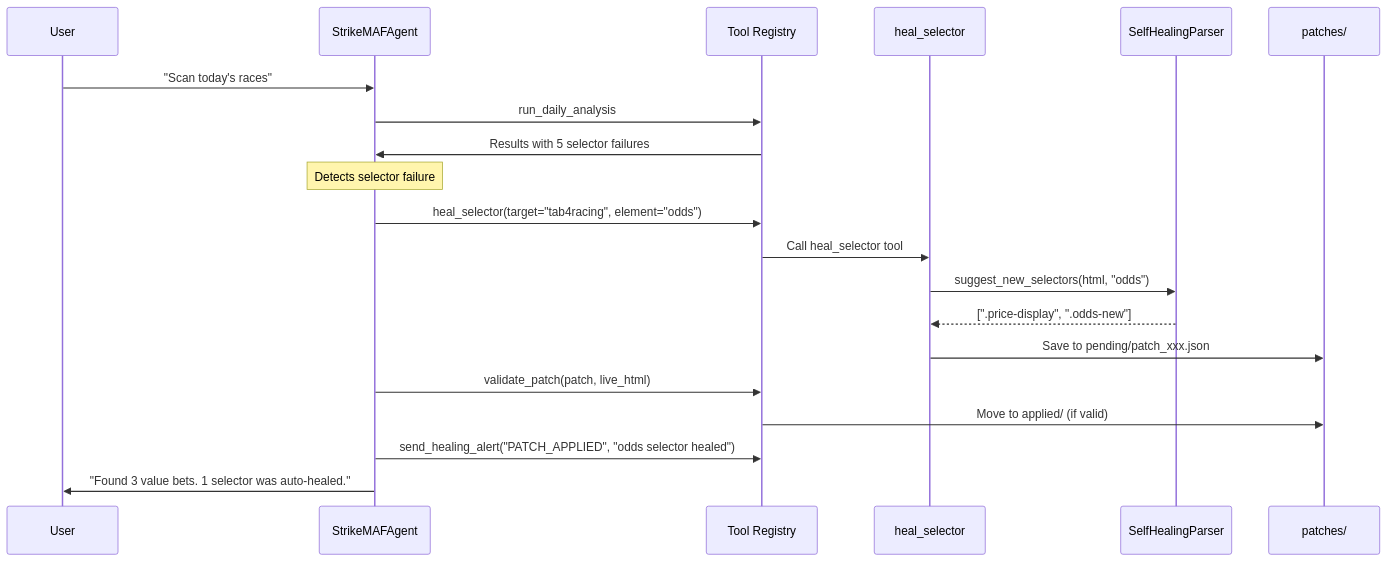
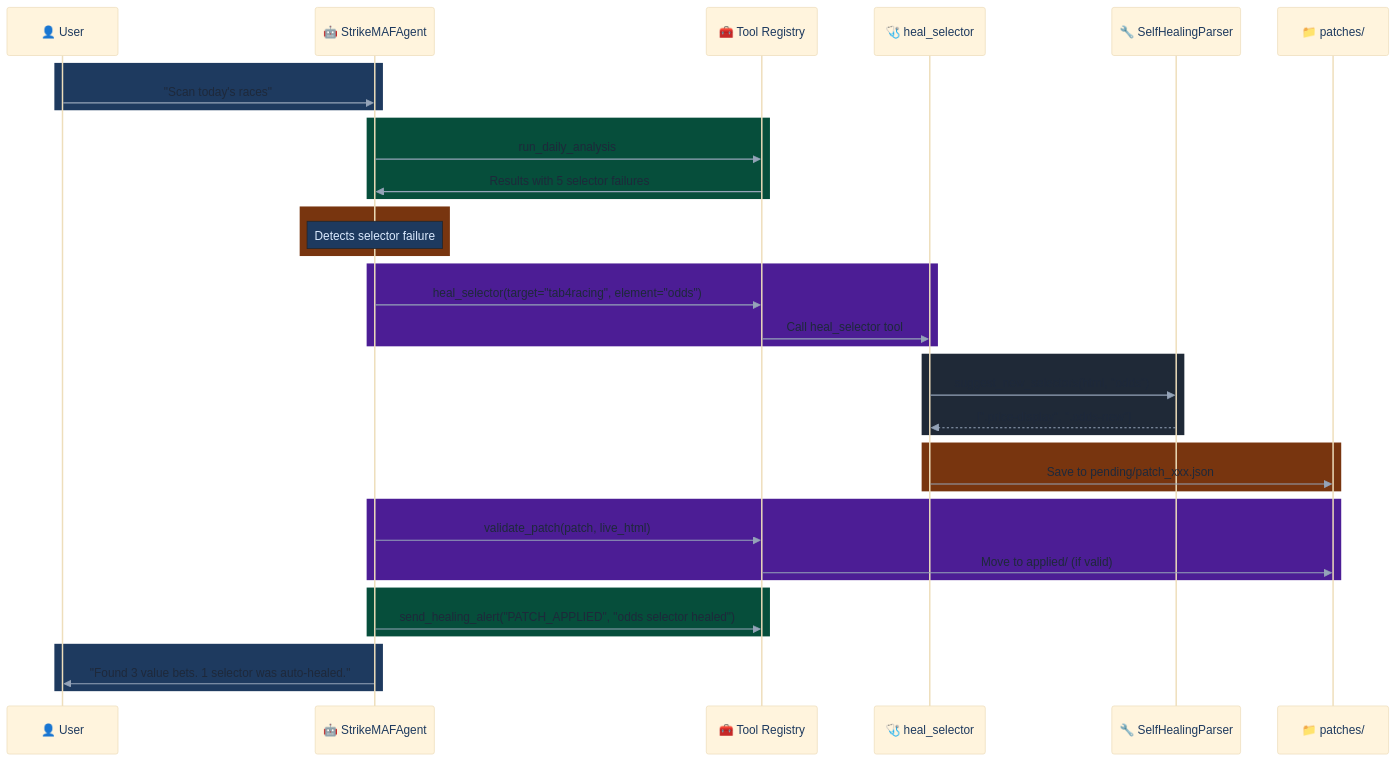
The second of 2 diagrams in docs/maf_healing_swarm_integration.md (Gmpho/strike-tips-autonomous-), drawn with Mermaid before and after one commit. The commit also changed other lines of this file and 8 other files, not shown here.

Commit message:
docs: update Mermaid diagrams and architecture documentation for the hotpatch management flow

````diff
--- a/docs/maf_healing_swarm_integration.md
+++ b/docs/maf_healing_swarm_integration.md
@@ -290,30 +313,56 @@
 ```mermaid
+%%{
+  init: {
+    'theme': 'base',
+    'themeVariables': {
+      'actorBorders': '#2563EB',
+      'actorTextColor': '#1E3A5F',
+      'signalColor': '#94A3B8',
+      'signalTextColor': '#1E293B',
+      'noteBkgColor': '#1E3A5F',
+      'noteTextColor': '#DBEAFE'
+    }
+  }
+}%%
 sequenceDiagram
-    participant User
-    participant MAF as StrikeMAFAgent
-    participant Tools as Tool Registry
-    participant Heal as heal_selector
-    participant Parser as SelfHealingParser
-    participant Patch as patches/
+    participant User as 👤 User
+    participant MAF as 🤖 StrikeMAFAgent
+    participant Tools as 🧰 Tool Registry
+    participant Heal as 🩺 heal_selector
+    participant Parser as 🔧 SelfHealingParser
+    participant Patch as 📁 patches/
 
-    User->>MAF: "Scan today's races"
-    MAF->>Tools: run_daily_analysis
-    Tools->>MAF: Results with 5 selector failures
+    rect rgb(30, 58, 95)
+        User->>MAF: "Scan today's races"
+    end
+    rect rgb(6, 78, 59)
+        MAF->>Tools: run_daily_analysis
+        Tools->>MAF: Results with 5 selector failures
+    end
     
-    Note over MAF: Detects selector failure
+    rect rgb(120, 53, 15)
+        Note over MAF: Detects selector failure
+    end
     
-    MAF->>Tools: heal_selector(target="tab4racing", element="odds")
-    Tools->>Heal: Call heal_selector tool
-    
-    Heal->>Parser: suggest_new_selectors(html, "odds")
-    Parser-->>Heal: [".price-display", ".odds-new"]
-    
-    Heal->>Patch: Save to pending/patch_xxx.json
-    
-    MAF->>Tools: validate_patch(patch, live_html)
-    Tools->>Patch: Move to applied/ (if valid)
-    
-    MAF->>Tools: send_healing_alert("PATCH_APPLIED", "odds selector healed")
-    
-    MAF->>User: "Found 3 value bets. 1 selector was auto-healed."
+    rect rgb(76, 29, 149)
+        MAF->>Tools: heal_selector(target="tab4racing", element="odds")
+        Tools->>Heal: Call heal_selector tool
+    end
+    rect rgb(31, 41, 55)
+        Heal->>Parser: suggest_new_selectors(html, "odds")
+        Parser-->>Heal: [".price-display", ".odds-new"]
+    end
+    rect rgb(120, 53, 15)
+        Heal->>Patch: Save to pending/patch_xxx.json
+    end
+    rect rgb(76, 29, 149)
+        MAF->>Tools: validate_patch(patch, live_html)
+        Tools->>Patch: Move to applied/ (if valid)
+    end
+    rect rgb(6, 78, 59)
+        MAF->>Tools: send_healing_alert("PATCH_APPLIED", "odds selector healed")
+    end
+    rect rgb(30, 58, 95)
+        MAF->>User: "Found 3 value bets. 1 selector was auto-healed."
+    end
 ```
````
